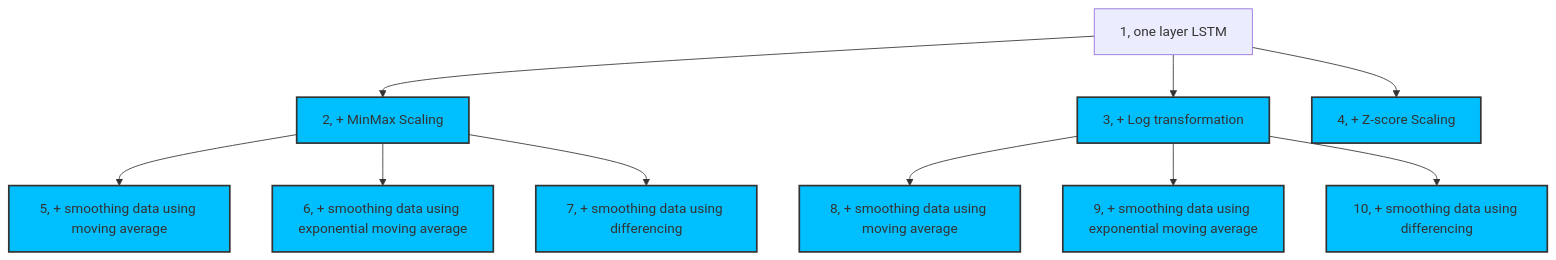
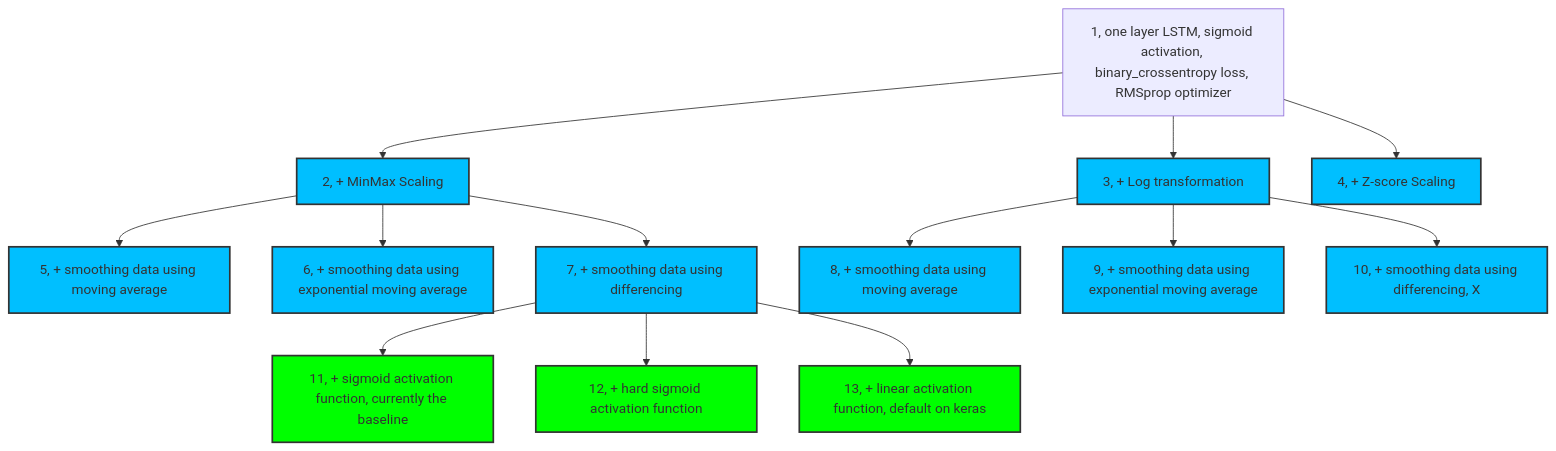
The diagram in src/models/LSTM/LSTM_classifier/experiment_hierarchy.md (zihaozeng0021/currency-exchange-rate-forecasting), drawn with Mermaid before and after one commit. The commit also changed 7 other files, not shown here.

Commit message:
Experiment on different activation functions for LSTM classifier

````diff
--- a/src/models/LSTM/LSTM_classifier/experiment_hierarchy.md
+++ b/src/models/LSTM/LSTM_classifier/experiment_hierarchy.md
@@ -1,17 +1,23 @@
 ```mermaid
 graph TD
-    1[1, one layer LSTM] --> 2[2, + MinMax Scaling]
+    1[1, one layer LSTM, sigmoid activation, binary_crossentropy loss, RMSprop optimizer] --> 2[2, + MinMax Scaling]
     1 --> 3[3, + Log transformation]
     1 --> 4[4, + Z-score Scaling]
     2 --> 5[5, + smoothing data using moving average]
     2 --> 6[6, + smoothing data using exponential moving average]
     2 --> 7[7, + smoothing data using differencing]
     3 --> 8[8, + smoothing data using moving average]
     3 --> 9[9, + smoothing data using exponential moving average]
-    3 --> 10[10, + smoothing data using differencing]
+    3 --> 10[10, + smoothing data using differencing, X]
+    7 --> 11[11, + sigmoid activation function, currently the baseline]
+    7 --> 12[12, + hard sigmoid activation function]
+    7 --> 13[13, + linear activation function, default on keras]
     
     
     classDef brightBlue fill:#00BFFF,stroke:#333,stroke-width:2px;
     class 2,3,4,5,6,7,8,9,10 brightBlue;
     
+    classDef brightGreen fill:#00FF00,stroke:#333,stroke-width:2px;
+    class 11,12,13 brightGreen;
+    
 ```
````
